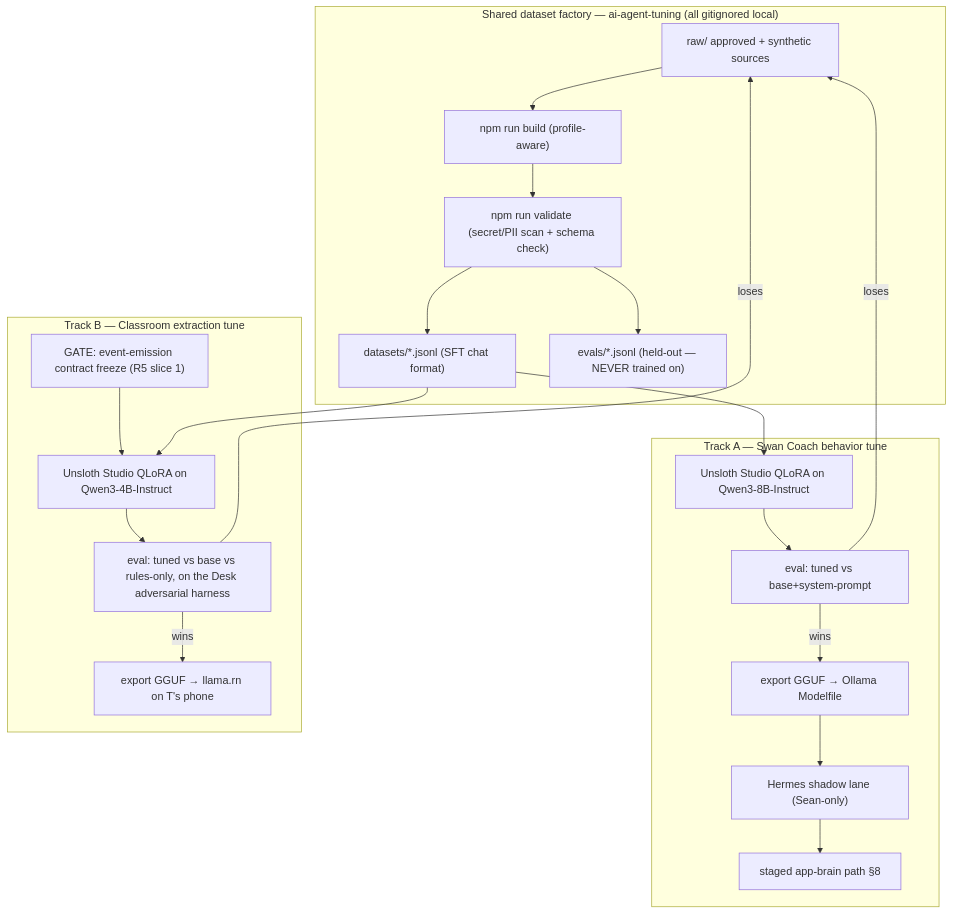
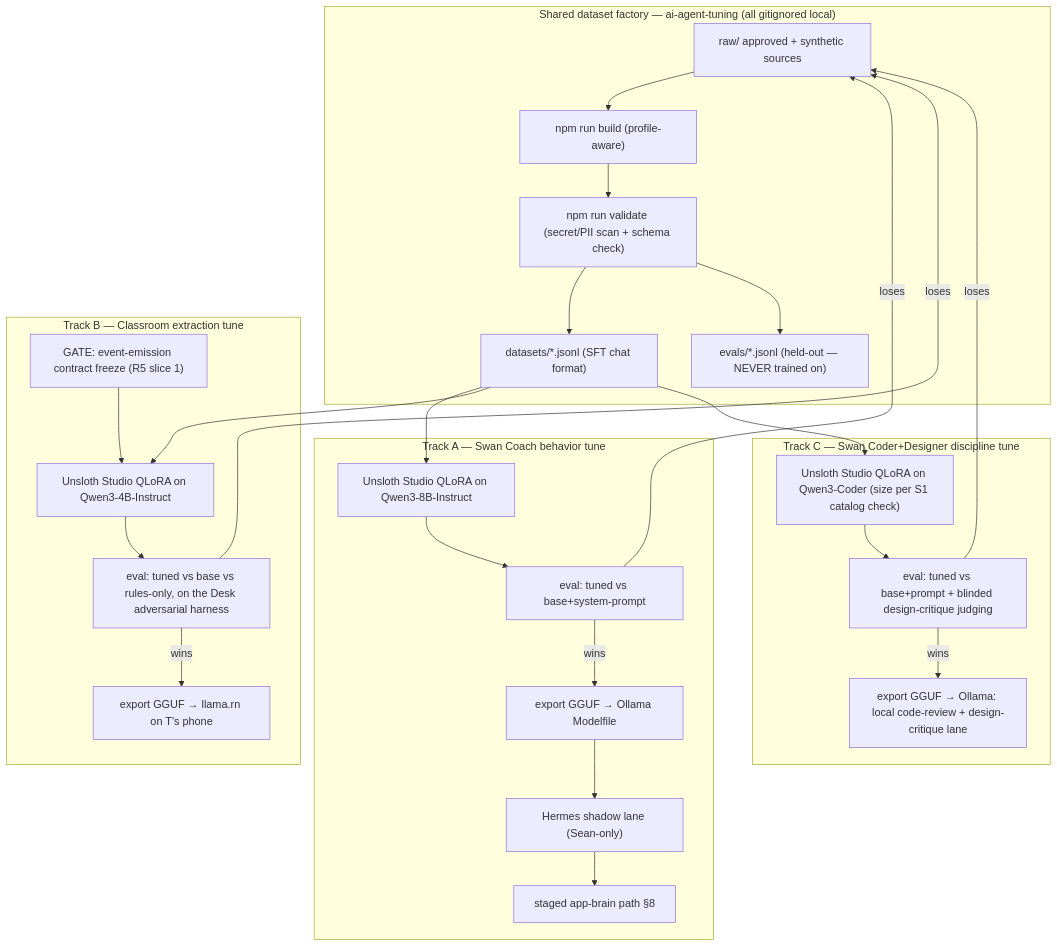
The first of 2 diagrams in docs/ai-workflow/brainstorms/qwen-two-brains-finetune-plan-2026-08-16.md (SeanSwan/-SS-PT-New), drawn with Mermaid before and after one commit. The commit also changed other lines of this file and 1 other file, not shown here.

Commit message:
docs(agent-tuning): add Track C coder+designer tune; packet schema repair; review round fired on Sean's go

````diff
--- a/docs/ai-workflow/brainstorms/qwen-two-brains-finetune-plan-2026-08-16.md
+++ b/docs/ai-workflow/brainstorms/qwen-two-brains-finetune-plan-2026-08-16.md
@@ -53,26 +54,33 @@
 ```mermaid
 flowchart TD
     subgraph FACTORY["Shared dataset factory — ai-agent-tuning (all gitignored local)"]
         RAW["raw/ approved + synthetic sources"] --> BUILD["npm run build (profile-aware)"]
         BUILD --> VAL["npm run validate (secret/PII scan + schema check)"]
         VAL --> DS["datasets/*.jsonl (SFT chat format)"]
         VAL --> EV["evals/*.jsonl (held-out — NEVER trained on)"]
     end
 
     subgraph TRACKA["Track A — Swan Coach behavior tune"]
         DS --> A1["Unsloth Studio QLoRA on Qwen3-8B-Instruct"]
         A1 --> A2["eval: tuned vs base+system-prompt"]
         A2 -->|wins| A3["export GGUF → Ollama Modelfile"]
         A3 --> A4["Hermes shadow lane (Sean-only)"]
         A4 --> A5["staged app-brain path §8"]
         A2 -->|loses| RAW
     end
 
     subgraph TRACKB["Track B — Classroom extraction tune"]
         FREEZE["GATE: event-emission contract freeze (R5 slice 1)"] --> B1
         DS --> B1["Unsloth Studio QLoRA on Qwen3-4B-Instruct"]
         B1 --> B2["eval: tuned vs base vs rules-only, on the Desk adversarial harness"]
         B2 -->|wins| B3["export GGUF → llama.rn on T's phone"]
         B2 -->|loses| RAW
     end
+
+    subgraph TRACKC["Track C — Swan Coder+Designer discipline tune"]
+        DS --> C1["Unsloth Studio QLoRA on Qwen3-Coder (size per S1 catalog check)"]
+        C1 --> C2["eval: tuned vs base+prompt + blinded design-critique judging"]
+        C2 -->|wins| C3["export GGUF → Ollama: local code-review + design-critique lane"]
+        C2 -->|loses| RAW
+    end
 ```
````
